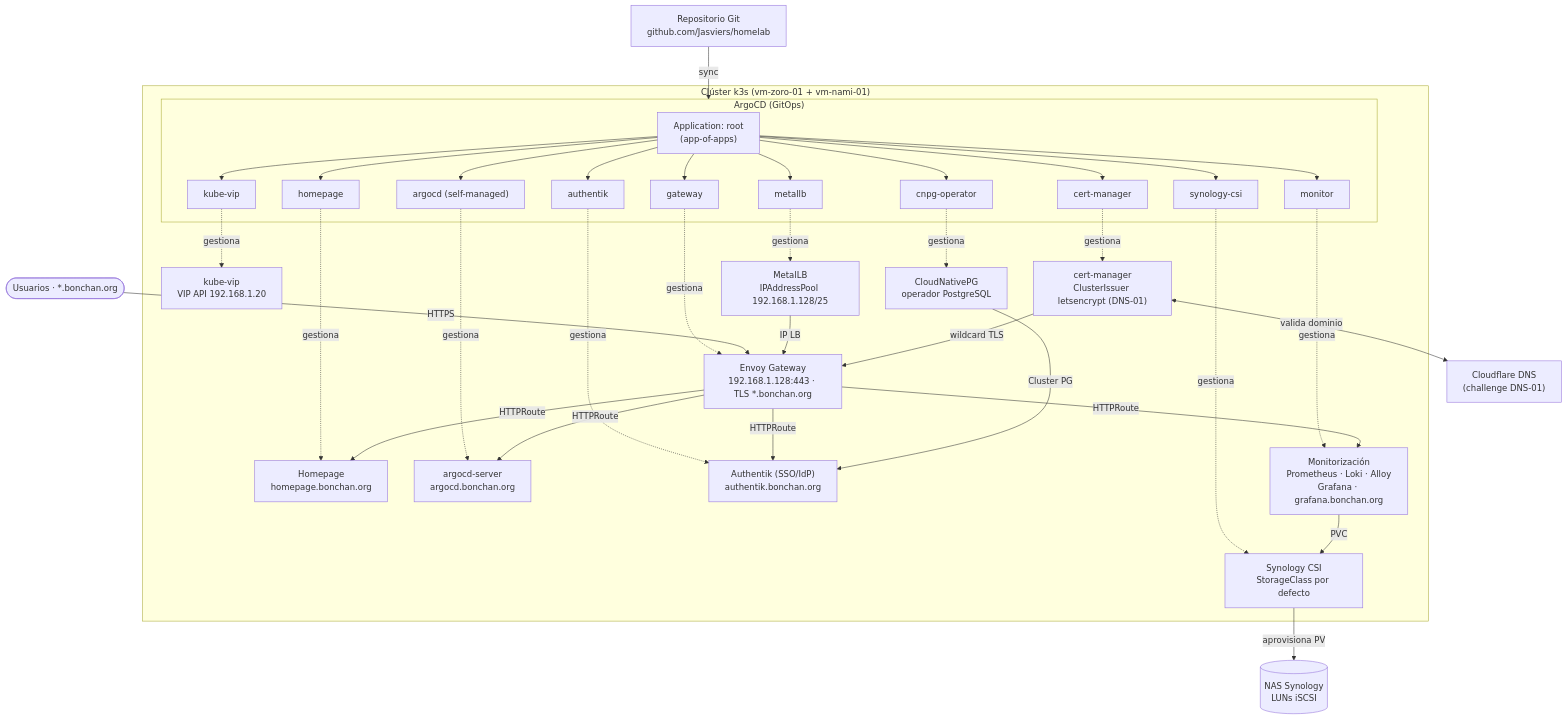
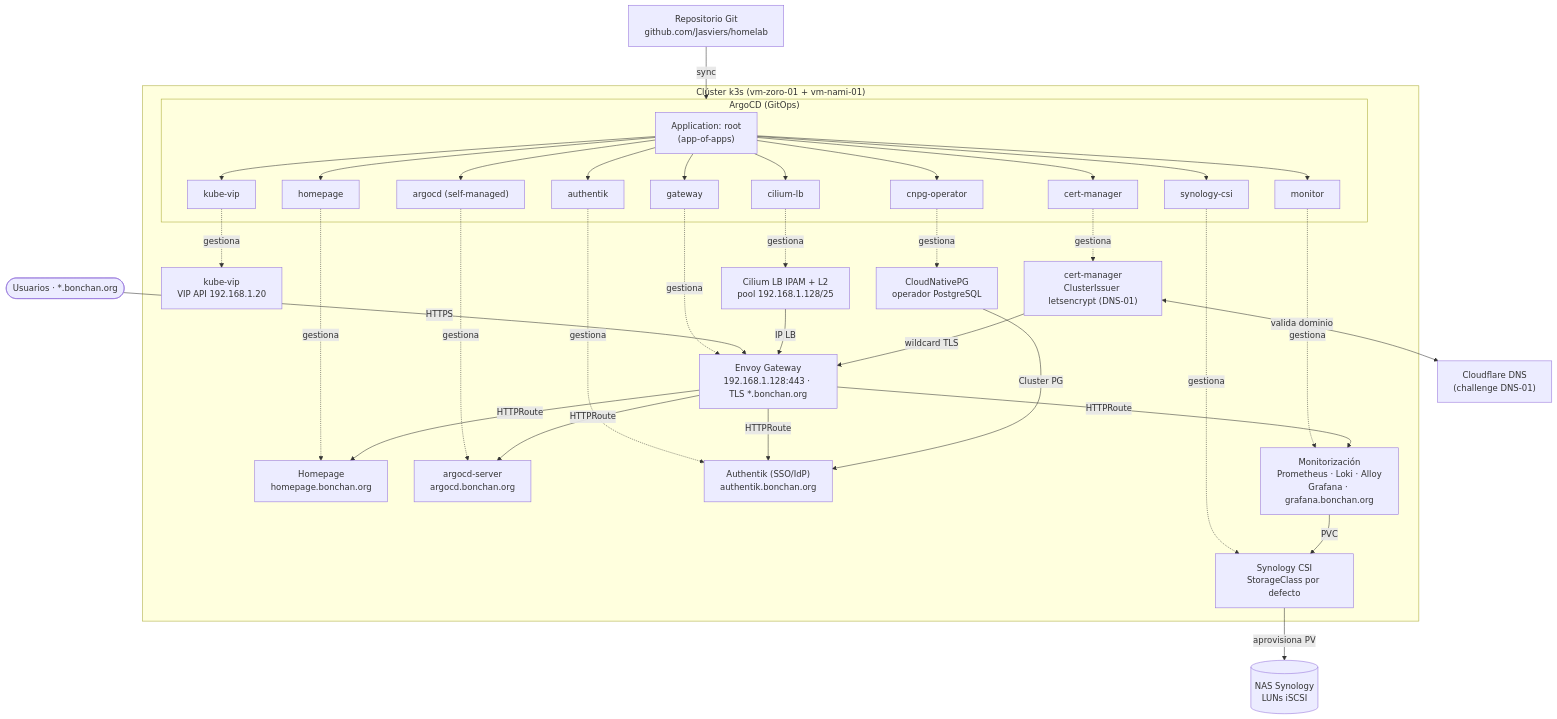
One commit to Jasviers/homelab changed the second of 2 diagrams in README.md. Above: the diagram before and after it, drawn with Mermaid. The commit also changed other lines of this file and 5 other files, not shown here.

````diff
--- a/README.md
+++ b/README.md
@@ -138,59 +139,59 @@
 ```mermaid
 flowchart TB
     repo["Repositorio Git<br/>github.com/Jasviers/homelab"]
 
     subgraph k3s["Clúster k3s (vm-zoro-01 + vm-nami-01)"]
         subgraph argocd["ArgoCD (GitOps)"]
             root["Application: root<br/>(app-of-apps)"]
             root --> appKubevip[kube-vip]
-            root --> appMetallb[metallb]
+            root --> appCiliumLb[cilium-lb]
             root --> appCert[cert-manager]
             root --> appGw[gateway]
             root --> appCsi[synology-csi]
             root --> appCnpg[cnpg-operator]
             root --> appAuth[authentik]
             root --> appMon[monitor]
             root --> appHome[homepage]
             root --> appArgo["argocd (self-managed)"]
         end
 
         kubevip["kube-vip<br/>VIP API 192.168.1.20"]
-        metallb["MetalLB<br/>IPAddressPool 192.168.1.128/25"]
+        ciliumLb["Cilium LB IPAM + L2<br/>pool 192.168.1.128/25"]
         cert["cert-manager<br/>ClusterIssuer letsencrypt (DNS-01)"]
         gateway["Envoy Gateway<br/>192.168.1.128:443 · TLS *.bonchan.org"]
         homepage["Homepage<br/>homepage.bonchan.org"]
         argoUI["argocd-server<br/>argocd.bonchan.org"]
         csi["Synology CSI<br/>StorageClass por defecto"]
         cnpg["CloudNativePG<br/>operador PostgreSQL"]
         authentik["Authentik (SSO/IdP)<br/>authentik.bonchan.org"]
         monitor["Monitorización<br/>Prometheus · Loki · Alloy<br/>Grafana · grafana.bonchan.org"]
     end
 
     nas[("NAS Synology<br/>LUNs iSCSI")]
     cloudflare["Cloudflare DNS<br/>(challenge DNS-01)"]
     users([Usuarios · *.bonchan.org])
 
     repo -->|sync| argocd
     appKubevip -.->|gestiona| kubevip
-    appMetallb -.->|gestiona| metallb
+    appCiliumLb -.->|gestiona| ciliumLb
     appCert -.->|gestiona| cert
     appGw -.->|gestiona| gateway
     appHome -.->|gestiona| homepage
     appArgo -.->|gestiona| argoUI
     appCsi -.->|gestiona| csi
     appCnpg -.->|gestiona| cnpg
     appAuth -.->|gestiona| authentik
     appMon -.->|gestiona| monitor
 
     users -->|HTTPS| gateway
     gateway -->|HTTPRoute| homepage
     gateway -->|HTTPRoute| argoUI
     gateway -->|HTTPRoute| authentik
     gateway -->|HTTPRoute| monitor
-    metallb -->|IP LB| gateway
+    ciliumLb -->|IP LB| gateway
     cert <-->|valida dominio| cloudflare
     cert -->|wildcard TLS| gateway
     cnpg -->|Cluster PG| authentik
     csi -->|aprovisiona PV| nas
     monitor -->|PVC| csi
 ```
````
